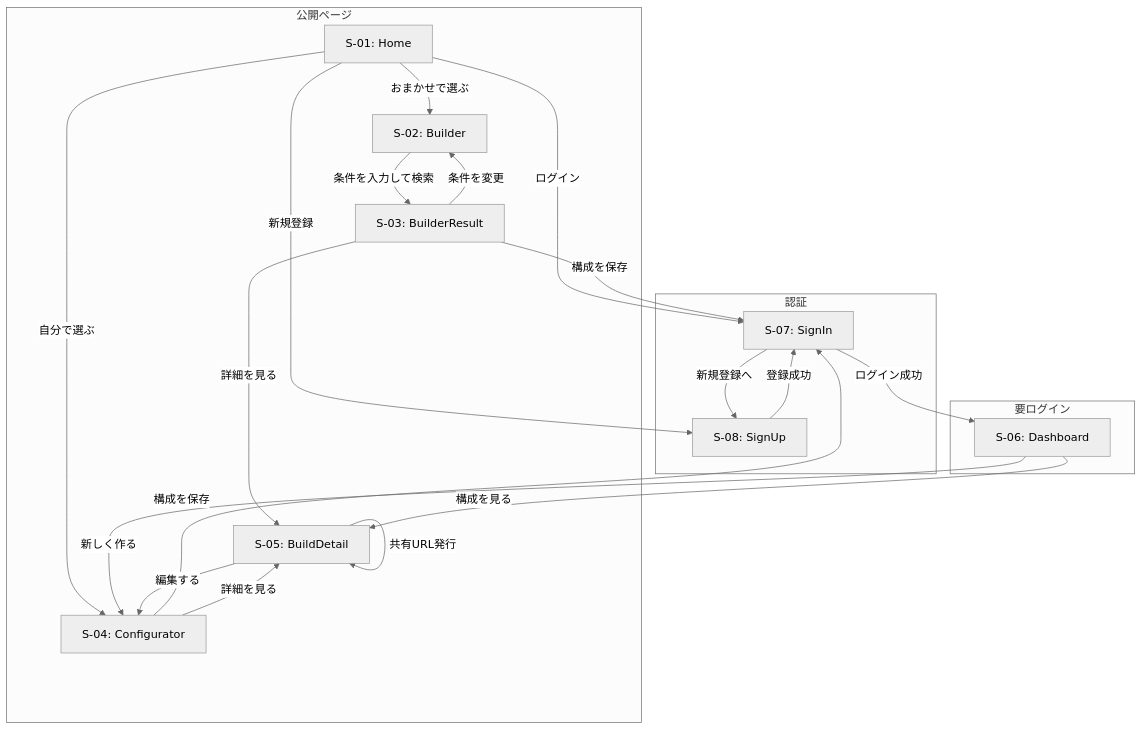
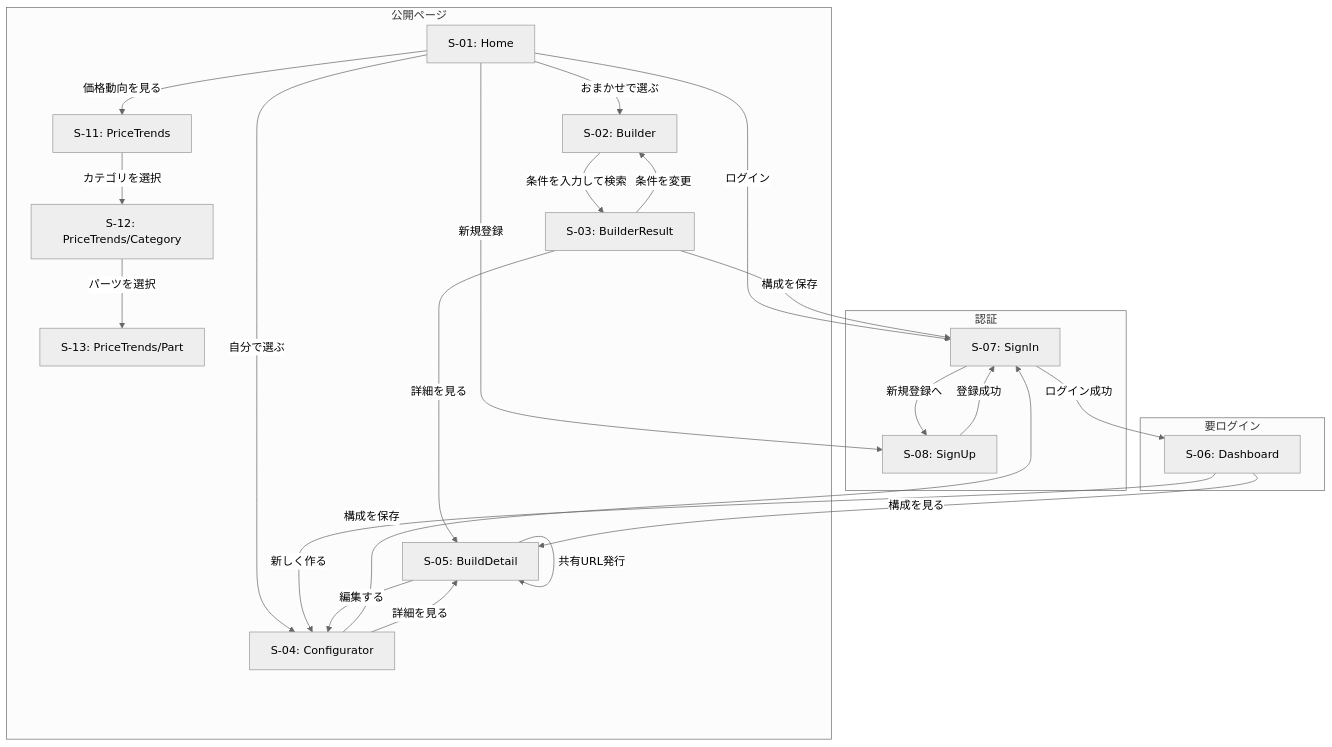
The first of 3 diagrams in docs/03_screen-flow.md (kosei-w90607/RigLab), drawn with Mermaid (neutral theme) before and after one commit. The commit also changed other lines of this file and 4 other files, not shown here.

````diff
--- a/docs/03_screen-flow.md
+++ b/docs/03_screen-flow.md
@@ -37,48 +40,56 @@
 ```mermaid
 flowchart TD
     subgraph Public[公開ページ]
         TOP[S-01: Home]
         BUILDER[S-02: Builder]
         BUILDER_RESULT[S-03: BuilderResult]
         CONFIG[S-04: Configurator]
         DETAIL[S-05: BuildDetail]
+        PRICE_LIST[S-11: PriceTrends]
+        PRICE_CAT[S-12: PriceTrends/Category]
+        PRICE_DETAIL[S-13: PriceTrends/Part]
     end
 
     subgraph Auth[認証]
         SIGNIN[S-07: SignIn]
         SIGNUP[S-08: SignUp]
     end
 
     subgraph Private[要ログイン]
         DASH[S-06: Dashboard]
     end
 
     %% トップページからの遷移
     TOP -->|おまかせで選ぶ| BUILDER
     TOP -->|自分で選ぶ| CONFIG
+    TOP -->|価格動向を見る| PRICE_LIST
     TOP -->|ログイン| SIGNIN
     TOP -->|新規登録| SIGNUP
+
+    %% 価格動向フロー
+    PRICE_LIST -->|カテゴリを選択| PRICE_CAT
+    PRICE_CAT -->|パーツを選択| PRICE_DETAIL
 
     %% おまかせフロー
     BUILDER -->|条件を入力して検索| BUILDER_RESULT
     BUILDER_RESULT -->|構成を保存| SIGNIN
     BUILDER_RESULT -->|詳細を見る| DETAIL
     BUILDER_RESULT -->|条件を変更| BUILDER
 
     %% カスタムフロー
     CONFIG -->|構成を保存| SIGNIN
     CONFIG -->|詳細を見る| DETAIL
 
     %% 認証フロー
     SIGNIN -->|ログイン成功| DASH
     SIGNIN -->|新規登録へ| SIGNUP
     SIGNUP -->|登録成功| SIGNIN
 
     %% ダッシュボードフロー
     DASH -->|構成を見る| DETAIL
     DASH -->|新しく作る| CONFIG
 
     %% 詳細ページから
     DETAIL -->|編集する| CONFIG
     DETAIL -->|共有URL発行| DETAIL
 ```
````
